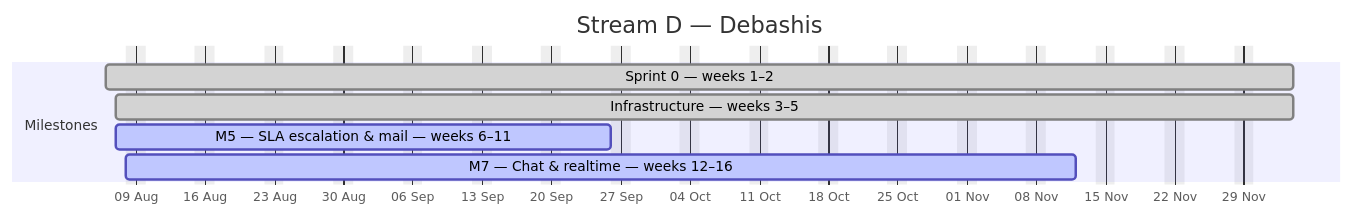
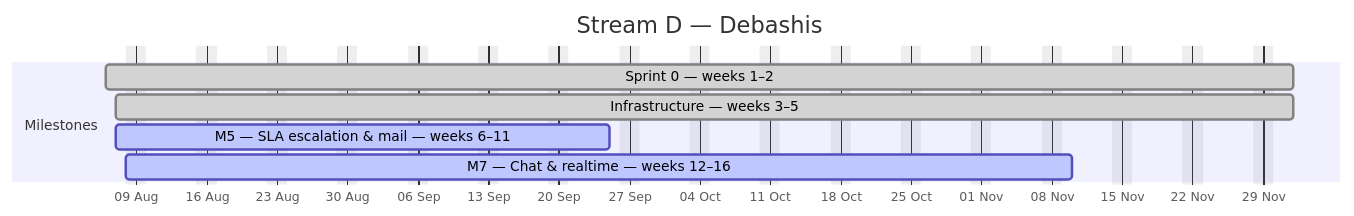
The fourth of 4 diagrams in docs/plan/GANTT.md (debashisedunext/EduTrack), drawn with Mermaid before and after one commit. The commit also changed other lines of this file and 3 other files, not shown here.

````diff
--- a/docs/plan/GANTT.md
+++ b/docs/plan/GANTT.md
@@ -168,12 +168,12 @@
 ```mermaid
 gantt
     dateFormat YYYY-MM-DD
     axisFormat %d %b
     title Stream D — Debashis
     excludes weekends
     section Milestones
-    Sprint 0 — weeks 1–2 :done, d0, 2026-08-06, 86d
-    Infrastructure — weeks 3–5 :done, d1, 2026-08-07, 85d
-    M5 — SLA  escalation & mail — weeks 6–11 :active, d2, 2026-08-07, 36d
-    M7 — Chat & realtime — weeks 12–16 :active, d3, 2026-08-08, 69d
+    Sprint 0 — weeks 1–2 :done, d0, 2026-08-06, 84d
+    Infrastructure — weeks 3–5 :done, d1, 2026-08-07, 83d
+    M5 — SLA  escalation & mail — weeks 6–11 :active, d2, 2026-08-07, 35d
+    M7 — Chat & realtime — weeks 12–16 :active, d3, 2026-08-08, 67d
 ```
````
